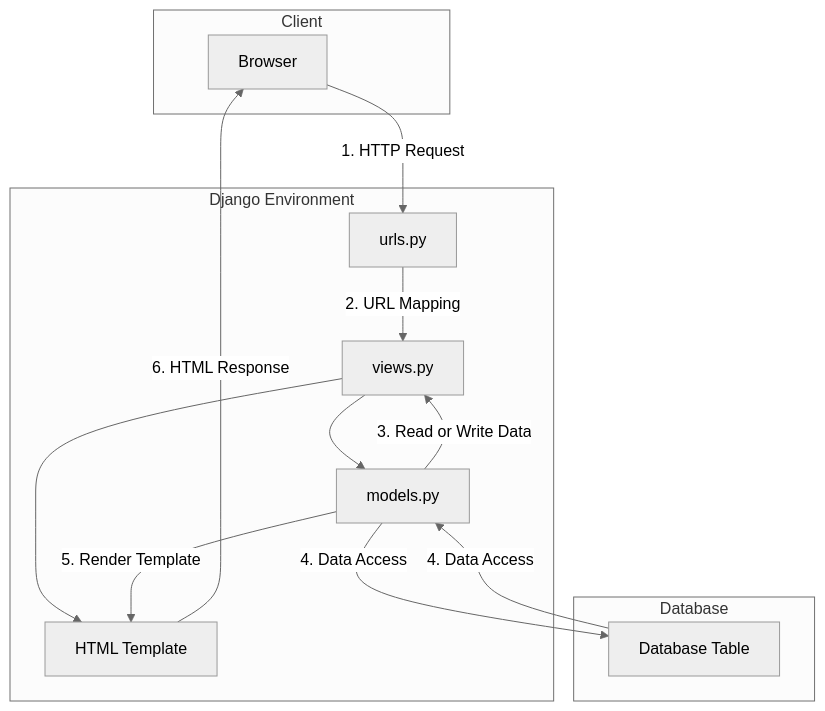
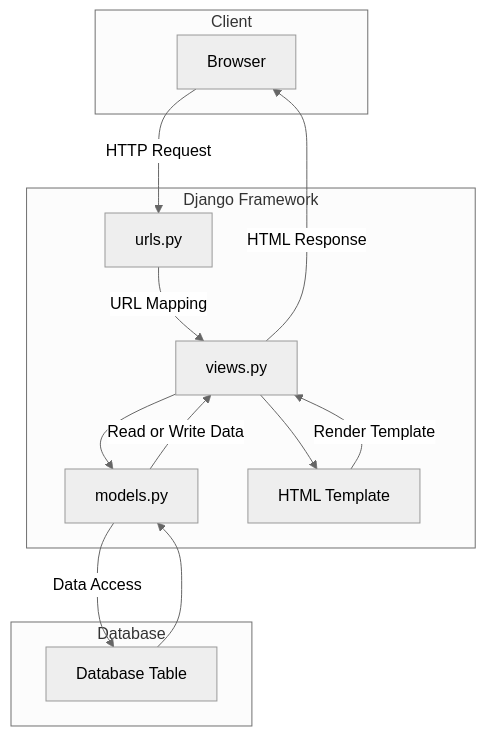
The diagram in README.md (brmntyprytm/Inventory-management-app), drawn with Mermaid (neutral theme) before and after one commit. The commit also changed other lines of this file and 2 other files, not shown here.

Commit message:
Updated README.md again

````diff
--- a/README.md
+++ b/README.md
@@ -35,23 +37,23 @@
 ```mermaid
   graph TD
     subgraph Client
         A[Browser]
     end
 
-    subgraph Django Environment
-        B[urls.py] --> |2. URL Mapping|C[views.py]
+    subgraph Django Framework
+        B[urls.py] --> |URL Mapping|C[views.py]
         C --> D[models.py]
         C --> E[HTML Template]
     end
 
     subgraph Database
         F[Database Table]
     end
 
-    A -->|1. HTTP Request| B
-    D -->|3. Read or Write Data| C
-    D -->|4. Data Access| F
-    F -->|4. Data Access| D
-    D -->|5. Render Template| E
-    E -->|6. HTML Response| A
+    A -->|HTTP Request| B
+    D -->|Read or Write Data| C
+    D -->|Data Access| F
+    F --> D
+    E --> |Render Template|C
+    C --> |HTML Response| A
 ```
````
